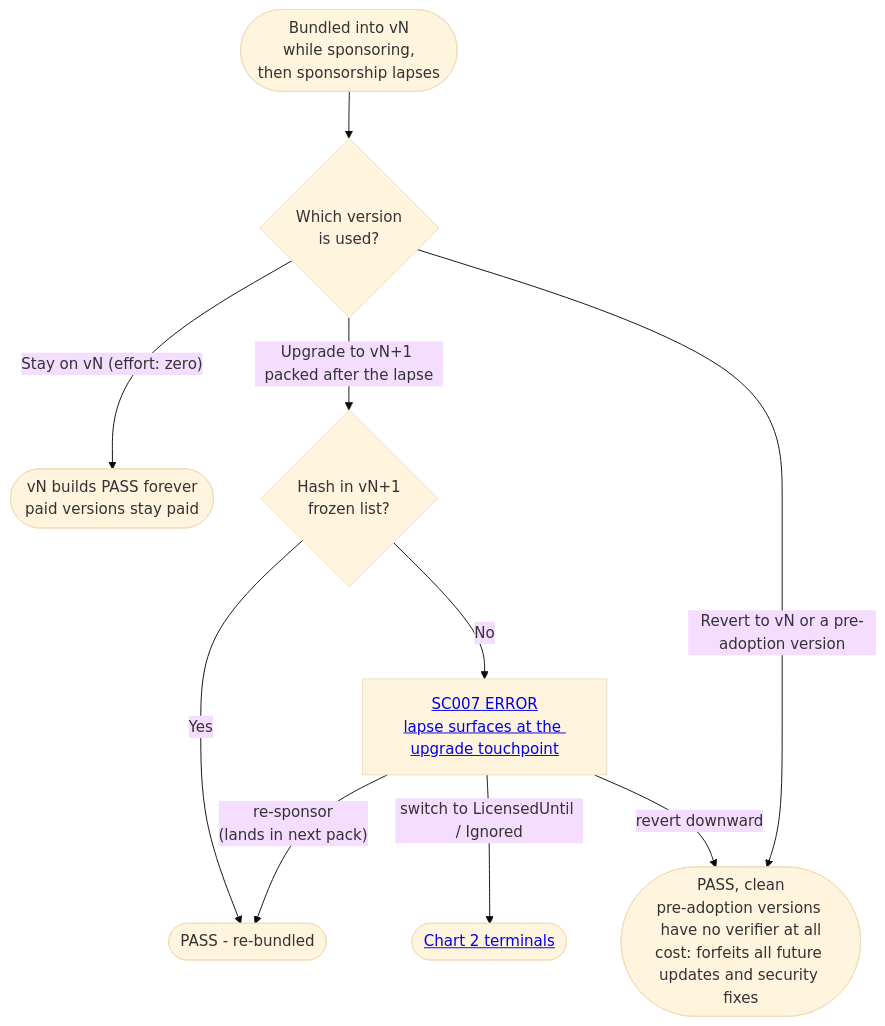
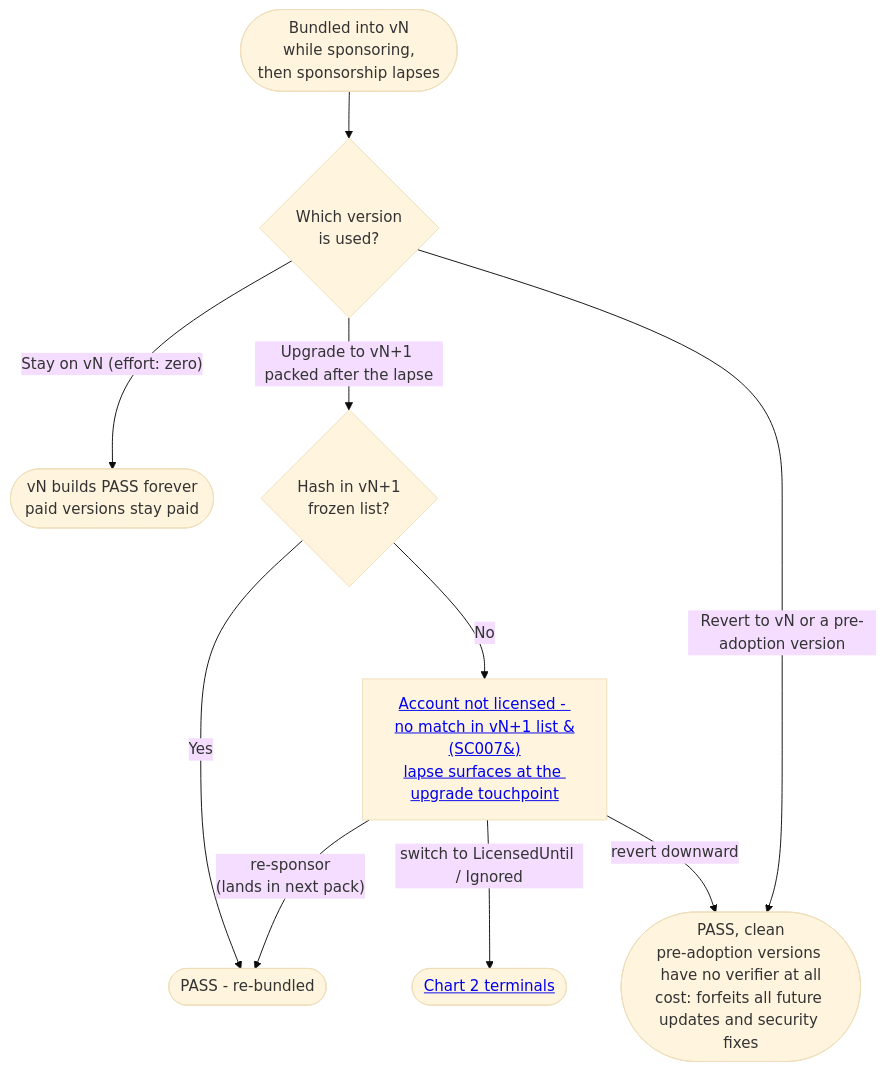
Before and after one commit to SimonCropp/SponsorCheck: the third of 4 diagrams in docs/WhyBuildTimeVerification.md, drawn with Mermaid (base theme). The commit also changed other lines of this file, not shown here.

````diff
--- a/docs/WhyBuildTimeVerification.md
+++ b/docs/WhyBuildTimeVerification.md
@@ -115,15 +115,15 @@
 ```mermaid
 flowchart TD
     Lapse(["Bundled into vN<br/>while sponsoring,<br/>then sponsorship lapses"]) --> Which{"Which version<br/>is used?"}
 
     Which -->|"Stay on vN (effort: zero)"| Stay(["vN builds PASS forever<br/>paid versions stay paid"])
 
     Which -->|"Upgrade to vN+1 packed after the lapse"| Up{"Hash in vN+1<br/>frozen list?"}
     Up -->|"Yes"| UpPass(["PASS - re-bundled"])
-    Up -->|"No"| SC007b[<a href='https://github.com/SimonCropp/SponsorCheck/blob/main/docs/VerifierDiagnosticCodes.md#sc007'>SC007 ERROR<br/>lapse surfaces at the upgrade touchpoint</a>]
+    Up -->|"No"| SC007b[<a href='https://github.com/SimonCropp/SponsorCheck/blob/main/docs/VerifierDiagnosticCodes.md#sc007'>Account not licensed - no match in vN+1 list &#40;SC007&#41;<br/>lapse surfaces at the upgrade touchpoint</a>]
     SC007b -->|"re-sponsor<br/>(lands in next pack)"| UpPass
     SC007b -->|"switch to LicensedUntil / Ignored"| Modes([<a href='https://github.com/SimonCropp/SponsorCheck/blob/main/docs/WhyBuildTimeVerification.md#3-once-forced-to-choose-every-escape-hatch-leaves-a-trace'>Chart 2 terminals</a>])
     SC007b -->|"revert downward"| Revert
 
     Which -->|"Revert to vN or a pre-adoption version"| Revert(["PASS, clean<br/>pre-adoption versions have no verifier at all<br/>cost: forfeits all future updates and security fixes"])
 ```
````
